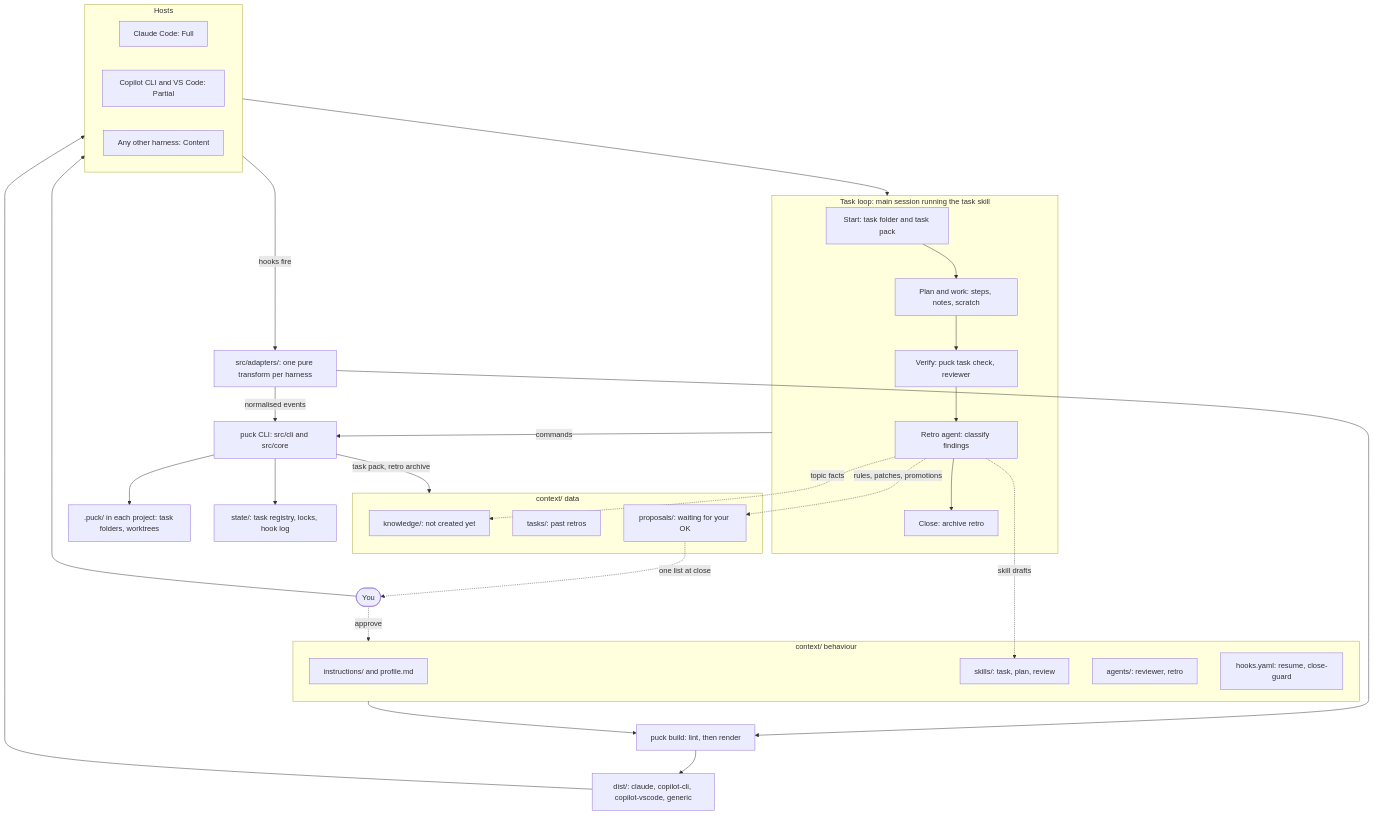
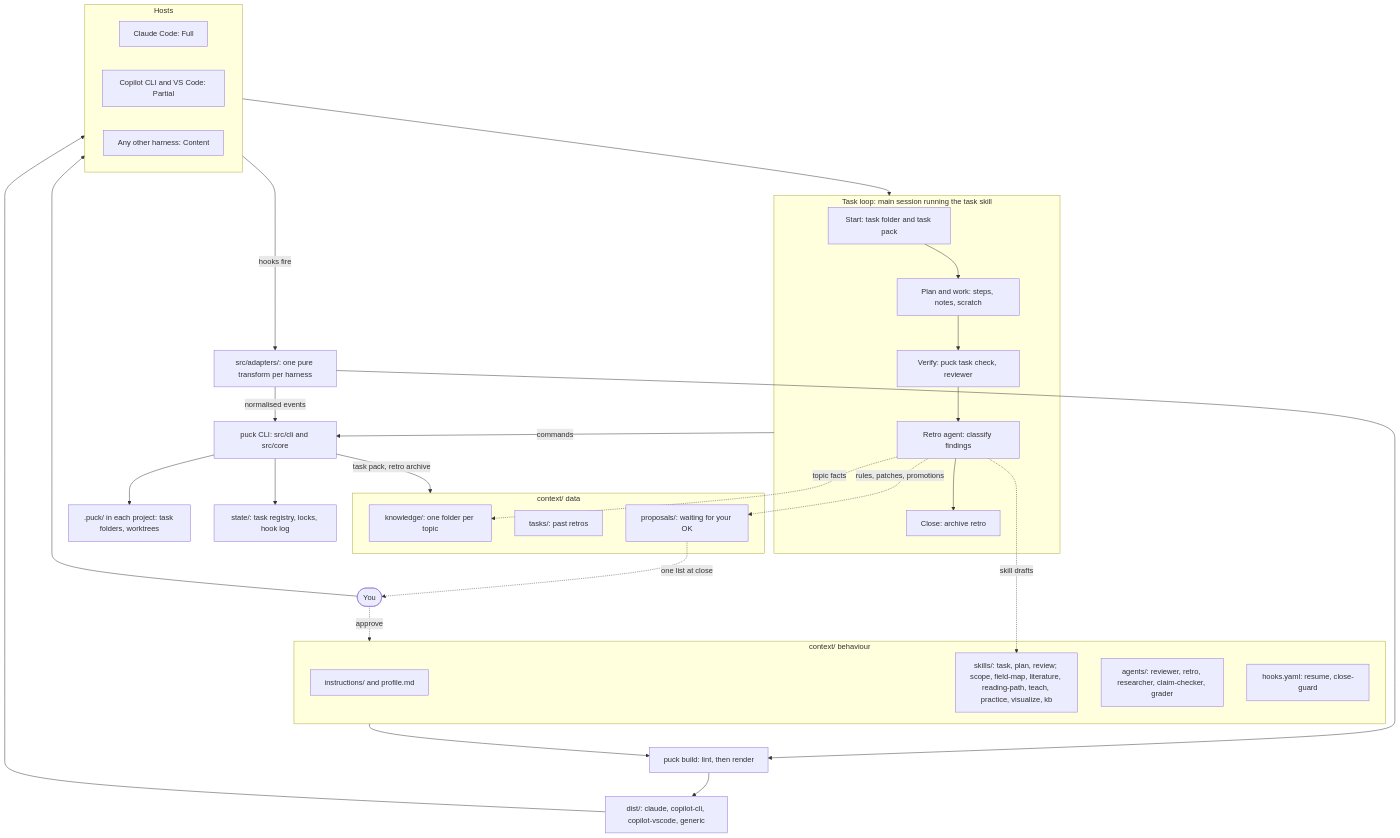
The diagram in docs/design.md (DouglasBergamim/puck), drawn with Mermaid before and after one commit. The commit also changed other lines of this file and 131 other files, not shown here.

````diff
--- a/docs/design.md
+++ b/docs/design.md
@@ -77,60 +93,60 @@
 ```mermaid
 flowchart TB
     you(["You"])
 
     subgraph behaviour["context/ behaviour"]
         rules["instructions/ and profile.md"]
-        skills["skills/: task, plan, review"]
-        agents["agents/: reviewer, retro"]
+        skills["skills/: task, plan, review; scope, field-map, literature, reading-path, teach, practice, visualize, kb"]
+        agents["agents/: reviewer, retro, researcher, claim-checker, grader"]
         hookrules["hooks.yaml: resume, close-guard"]
     end
 
     adapters["src/adapters/: one pure transform per harness"]
     build["puck build: lint, then render"]
     dist["dist/: claude, copilot-cli, copilot-vscode, generic"]
 
     subgraph hosts["Hosts"]
         claude["Claude Code: Full"]
         copilot["Copilot CLI and VS Code: Partial"]
         generic["Any other harness: Content"]
     end
 
     subgraph loop["Task loop: main session running the task skill"]
         start["Start: task folder and task pack"]
         work["Plan and work: steps, notes, scratch"]
         verify["Verify: puck task check, reviewer"]
         retro["Retro agent: classify findings"]
         finish["Close: archive retro"]
         start --> work --> verify --> retro --> finish
     end
 
     cli["puck CLI: src/cli and src/core"]
 
     project[".puck/ in each project: task folders, worktrees"]
     state["state/: task registry, locks, hook log"]
 
     subgraph data["context/ data"]
-        knowledge["knowledge/: not created yet"]
+        knowledge["knowledge/: one folder per topic"]
         archive["tasks/: past retros"]
         proposals["proposals/: waiting for your OK"]
     end
 
     behaviour --> build
     adapters --> build
     build --> dist
     dist --> hosts
     you --> hosts
     hosts --> loop
     hosts -- "hooks fire" --> adapters
     adapters -- "normalised events" --> cli
     loop -- "commands" --> cli
     cli --> project
     cli --> state
     cli -- "task pack, retro archive" --> data
 
     retro -. "skill drafts" .-> skills
     retro -. "topic facts" .-> knowledge
     retro -. "rules, patches, promotions" .-> proposals
     proposals -. "one list at close" .-> you
     you -. "approve" .-> behaviour
 ```
````
